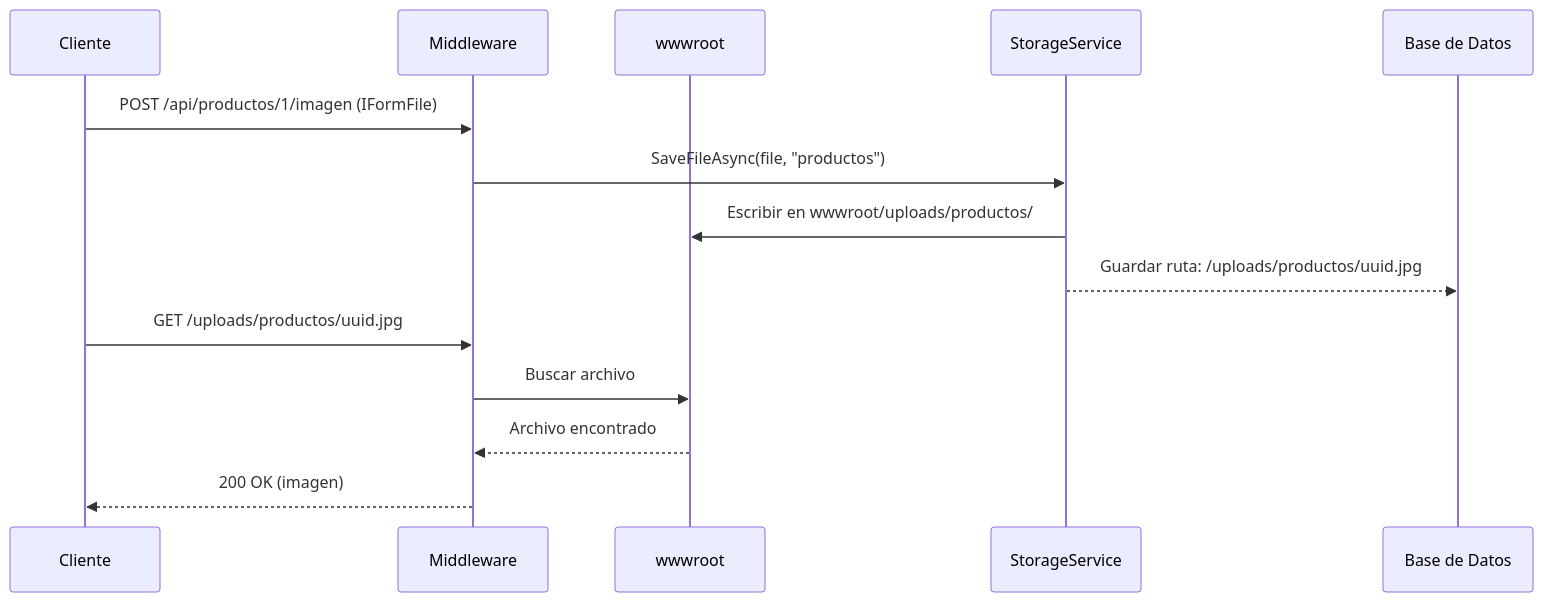
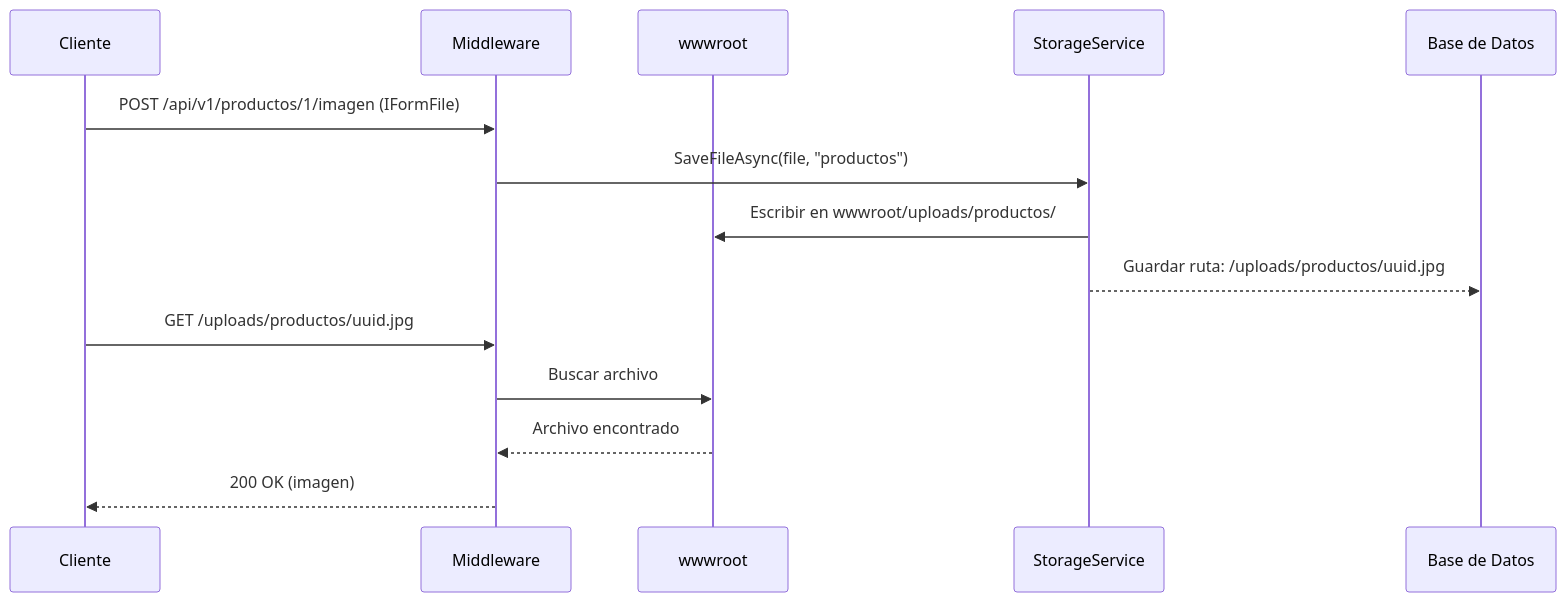
The second of 4 diagrams in doc/20-file-storage.md (joseluisgs/TiendaDawApi-NetCore), drawn with Mermaid before and after one commit. The commit also changed other lines of this file and 237 other files, not shown here.

````diff
--- a/doc/20-file-storage.md
+++ b/doc/20-file-storage.md
@@ -47,18 +47,18 @@
 ```mermaid
 sequenceDiagram
     participant C as Cliente
     participant M as Middleware
     participant W as wwwroot
     participant S as StorageService
     participant DB as Base de Datos
     
-    C->>M: POST /api/productos/1/imagen (IFormFile)
+    C->>M: POST /api/v1/productos/1/imagen (IFormFile)
     M->>S: SaveFileAsync(file, "productos")
     S->>W: Escribir en wwwroot/uploads/productos/
     S-->>DB: Guardar ruta: /uploads/productos/uuid.jpg
     
     C->>M: GET /uploads/productos/uuid.jpg
     M->>W: Buscar archivo
     W-->>M: Archivo encontrado
     M-->>C: 200 OK (imagen)
 ```
````
